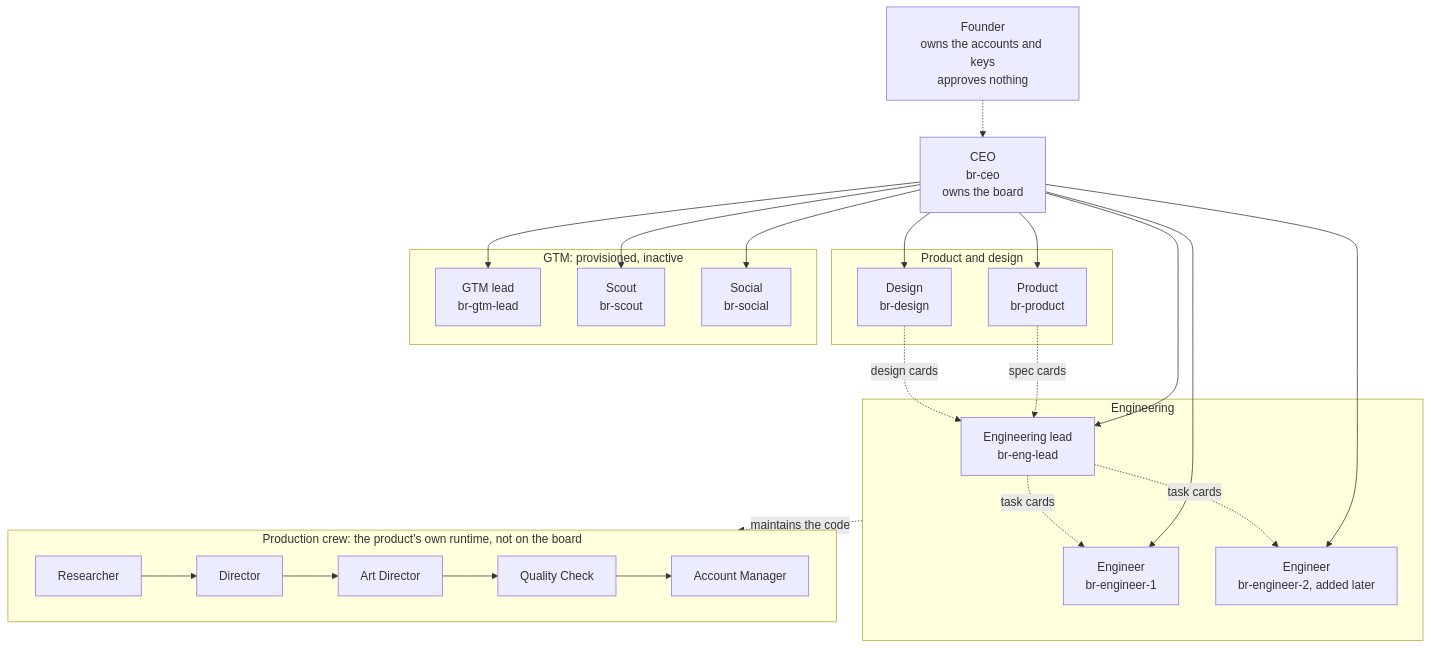
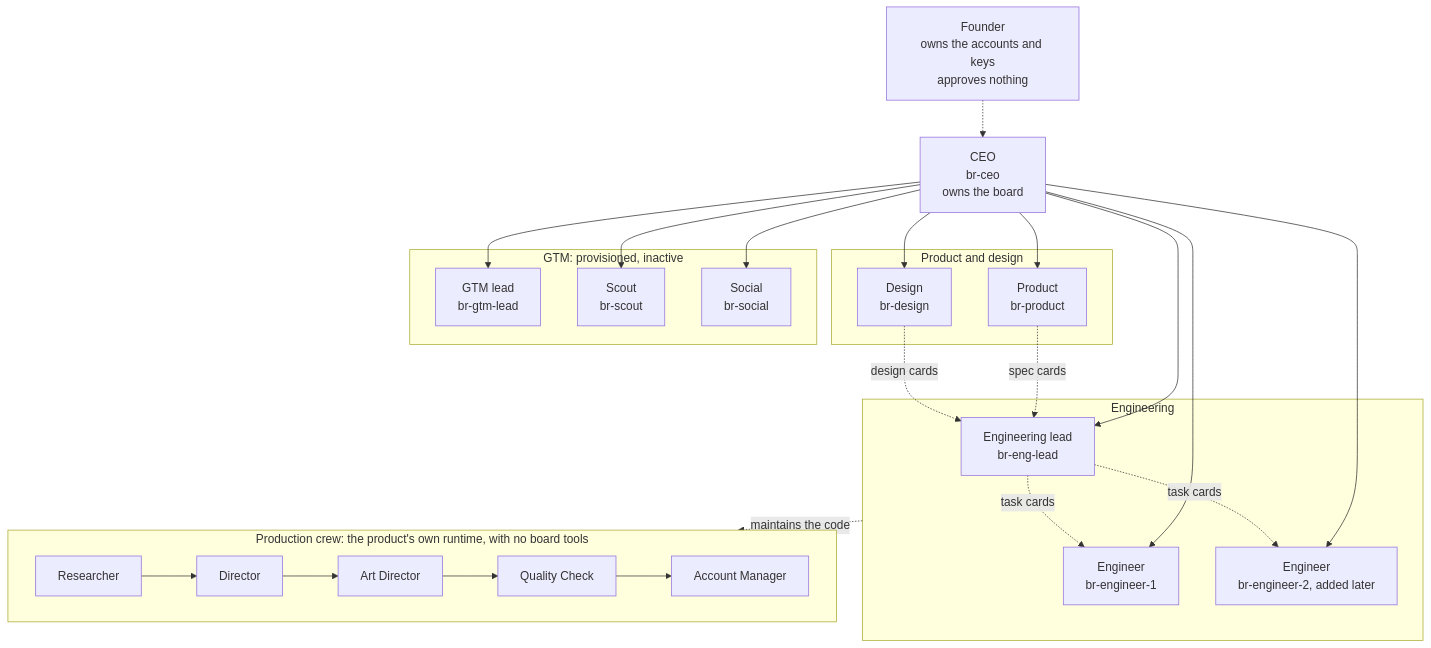
The diagram in docs/company/README.md (latchkey-ops-bot/boiler-room), drawn with Mermaid before and after one commit. The commit also changed other lines of this file and 3 other files, not shown here.

````diff
--- a/docs/company/README.md
+++ b/docs/company/README.md
@@ -12,46 +12,46 @@
 ```mermaid
 flowchart TD
   founder["Founder<br/>owns the accounts and keys<br/>approves nothing"]
   ceo["CEO<br/>br-ceo<br/>owns the board"]
   founder -.-> ceo
 
   subgraph eng["Engineering"]
     lead["Engineering lead<br/>br-eng-lead"]
     e1["Engineer<br/>br-engineer-1"]
     e2["Engineer<br/>br-engineer-2, added later"]
   end
 
   subgraph pd["Product and design"]
     product["Product<br/>br-product"]
     design["Design<br/>br-design"]
   end
 
   subgraph gtm["GTM: provisioned, inactive"]
     gtmlead["GTM lead<br/>br-gtm-lead"]
     scout["Scout<br/>br-scout"]
     social["Social<br/>br-social"]
   end
 
   ceo --> lead
   ceo --> e1
   ceo --> e2
   ceo --> product
   ceo --> design
   ceo --> gtmlead
   ceo --> scout
   ceo --> social
 
   product -.->|spec cards| lead
   design -.->|design cards| lead
   lead -.->|task cards| e1
   lead -.->|task cards| e2
 
-  subgraph crew["Production crew: the product's own runtime, not on the board"]
+  subgraph crew["Production crew: the product's own runtime, with no board tools"]
     researcher["Researcher"] --> director["Director"]
     director --> artdir["Art Director"]
     artdir --> qc["Quality Check"]
     qc --> am["Account Manager"]
   end
 
   eng -.->|maintains the code| crew
 ```
````
